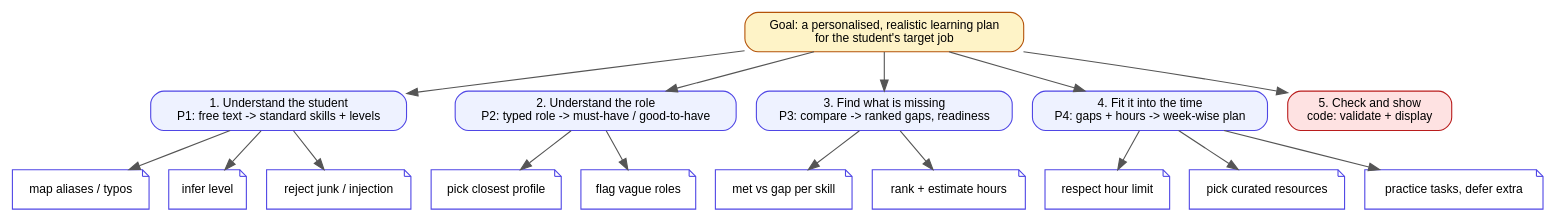
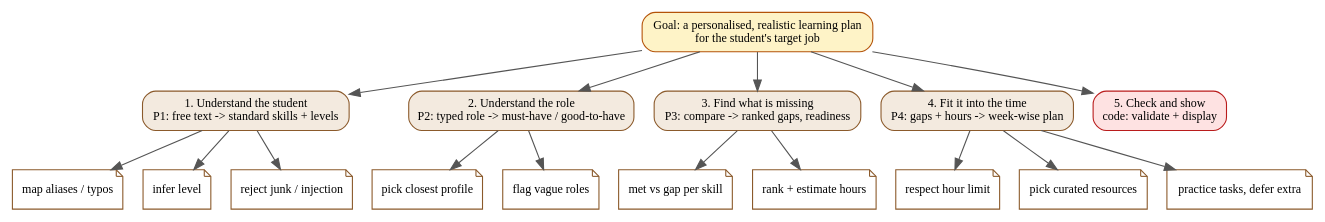
Before and after one commit to vanshchaudhary2810/skillit-prompt: the diagram in docs/diagrams/task_decomposition.dot, drawn with Graphviz. The commit also changed 15 other files, not shown here.

```diff
--- a/docs/diagrams/task_decomposition.dot
+++ b/docs/diagrams/task_decomposition.dot
@@ -1,12 +1,12 @@
-digraph G { rankdir=TB; node [fontname="Helvetica", fontsize=11, style="rounded,filled", shape=box, fillcolor="#EEF2FF", color="#4F46E5"]; edge [color="#555555"];
+digraph G { rankdir=TB; node [fontname="Liberation Serif", fontsize=11, style="rounded,filled", shape=box, fillcolor="#F3EADF", color="#8B5A2B"]; edge [color="#555555"];
 g [label="Goal: a personalised, realistic learning plan\nfor the student's target job", fillcolor="#FEF3C7", color="#B45309"];
 a [label="1. Understand the student\nP1: free text -> standard skills + levels"];
 b [label="2. Understand the role\nP2: typed role -> must-have / good-to-have"];
 c [label="3. Find what is missing\nP3: compare -> ranked gaps, readiness"];
 d [label="4. Fit it into the time\nP4: gaps + hours -> week-wise plan"];
 e [label="5. Check and show\ncode: validate + display", fillcolor="#FEE2E2", color="#B91C1C"];
 a1 [label="map aliases / typos", shape=note, fillcolor="#FFFFFF"]; a2 [label="infer level", shape=note, fillcolor="#FFFFFF"]; a3 [label="reject junk / injection", shape=note, fillcolor="#FFFFFF"];
 b1 [label="pick closest profile", shape=note, fillcolor="#FFFFFF"]; b2 [label="flag vague roles", shape=note, fillcolor="#FFFFFF"];
 c1 [label="met vs gap per skill", shape=note, fillcolor="#FFFFFF"]; c2 [label="rank + estimate hours", shape=note, fillcolor="#FFFFFF"];
 d1 [label="respect hour limit", shape=note, fillcolor="#FFFFFF"]; d2 [label="pick curated resources", shape=note, fillcolor="#FFFFFF"]; d3 [label="practice tasks, defer extra", shape=note, fillcolor="#FFFFFF"];
 g -> {a b c d e}; a -> {a1 a2 a3}; b -> {b1 b2}; c -> {c1 c2}; d -> {d1 d2 d3}; }
```
